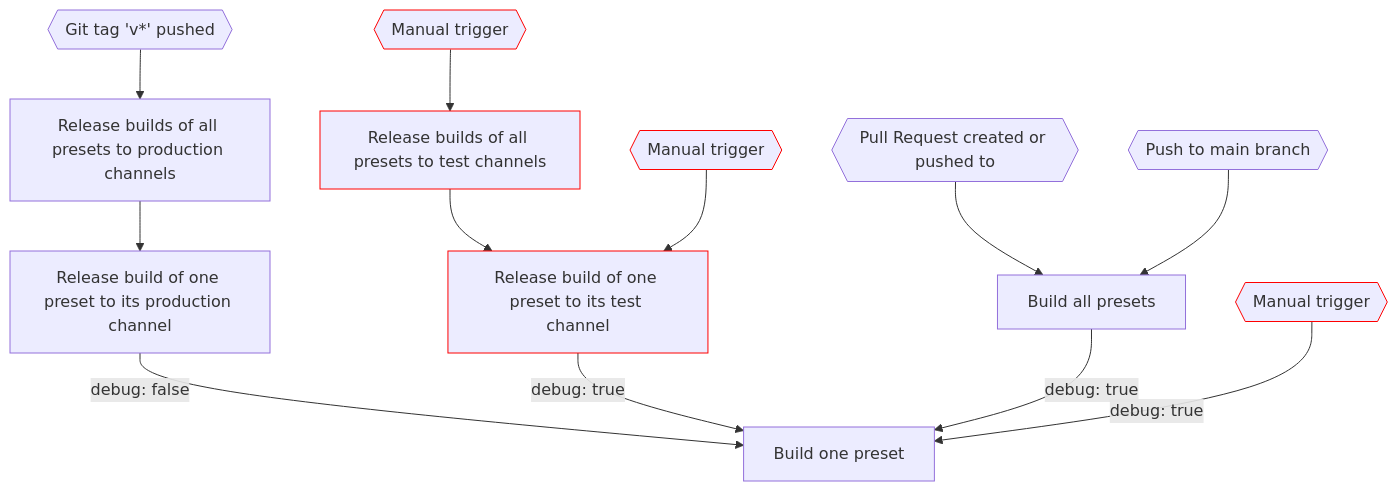
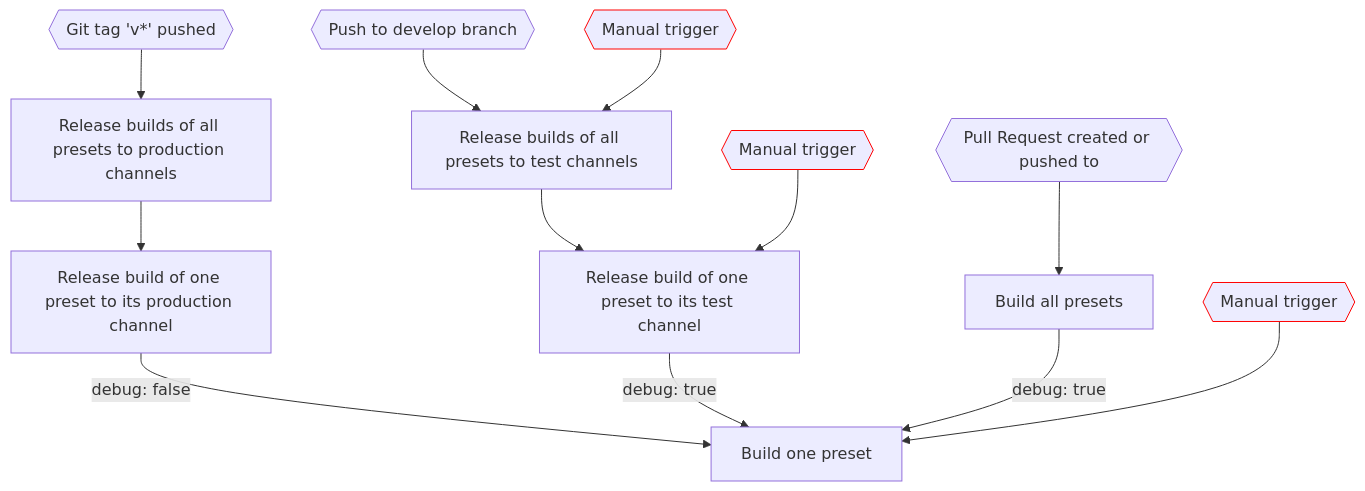
The diagram in README.md (shapeshiftingrabbits/godot-4-project-template), drawn with Mermaid before and after one commit.

Commit message:
Update workflows diagram

````diff
--- a/README.md
+++ b/README.md
@@ -3,33 +3,33 @@
 ```mermaid
 flowchart TB
     classDef todo stroke:#f00
     classDef in_progress stroke:#770
 
     tag_push{{"Git tag 'v*' pushed"}}
     release_production_all["Release builds of all presets to production channels"]
     release_production_one["Release build of one preset to its production channel"]
 
-    release_test_all_manual_trigger{{"Manual trigger"}}:::todo
-    release_test_all["Release builds of all presets to test channels"]:::todo
+    release_qa_all_manual_trigger{{"Manual trigger"}}:::todo
+    release_qa_all["Release builds of all presets to test channels"]
 
-    release_test_one_manual_trigger{{"Manual trigger"}}:::todo
-    release_test_one["Release build of one preset to its test channel"]:::todo
+    release_qa_one_manual_trigger{{"Manual trigger"}}:::todo
+    release_qa_one["Release build of one preset to its test channel"]
 
     pull_request_trigger{{"Pull Request created or pushed to"}}
-    main_branch_trigger{{"Push to main branch"}}
+    develop_branch_trigger{{"Push to develop branch"}}
     build_all["Build all presets"]
 
     build_manual_trigger{{"Manual trigger"}}:::todo
     build_one["Build one preset"]
 
     release_production_all --> release_production_one -- debug: false --> build_one
-    release_test_all --> release_test_one -- debug: true --> build_one
+    release_qa_all --> release_qa_one -- debug: true --> build_one
 
     tag_push --> release_production_all
-    release_test_all_manual_trigger --> release_test_all
-    release_test_one_manual_trigger --> release_test_one
+    develop_branch_trigger --> release_qa_all
+    release_qa_all_manual_trigger --> release_qa_all
+    release_qa_one_manual_trigger --> release_qa_one
     pull_request_trigger --> build_all
-    main_branch_trigger --> build_all
     build_all -- debug: true --> build_one
-    build_manual_trigger -- debug: true --> build_one
+    build_manual_trigger --> build_one
 ```
````
